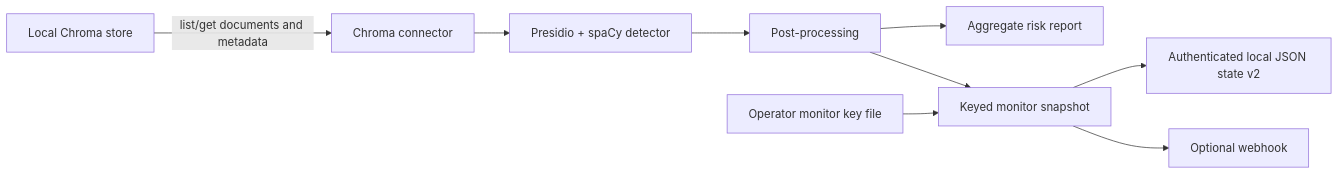
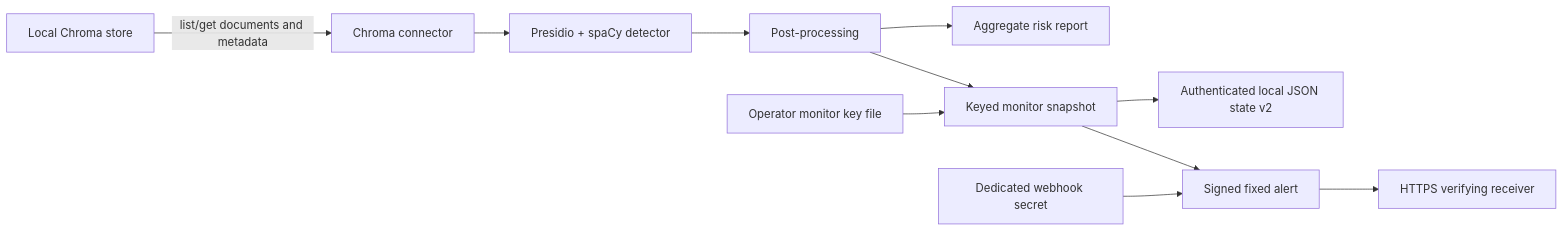
One commit to Agenvana/RAGLeakGuard changed the diagram in docs/ARCHITECTURE.md. Above: the diagram before and after it, drawn with Mermaid. The commit also changed other lines of this file and 10 other files, not shown here.

````diff
--- a/docs/ARCHITECTURE.md
+++ b/docs/ARCHITECTURE.md
@@ -14,11 +14,13 @@
 ```mermaid
 flowchart LR
     A["Local Chroma store"] -->|"list/get documents and metadata"| B["Chroma connector"]
     B --> C["Presidio + spaCy detector"]
     C --> D["Post-processing"]
     D --> E["Aggregate risk report"]
     D --> F["Keyed monitor snapshot"]
     I["Operator monitor key file"] --> F
     F --> G["Authenticated local JSON state v2"]
-    F --> H["Optional webhook"]
+    J["Dedicated webhook secret"] --> H["Signed fixed alert"]
+    F --> H
+    H --> K["HTTPS verifying receiver"]
 ```
````
